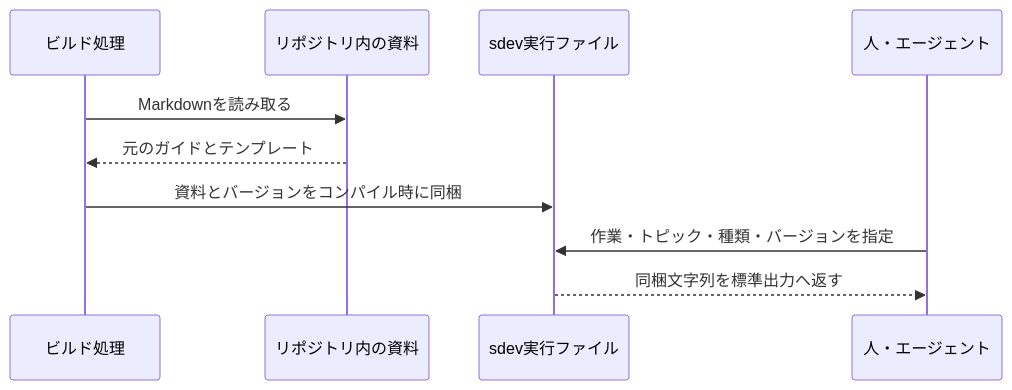
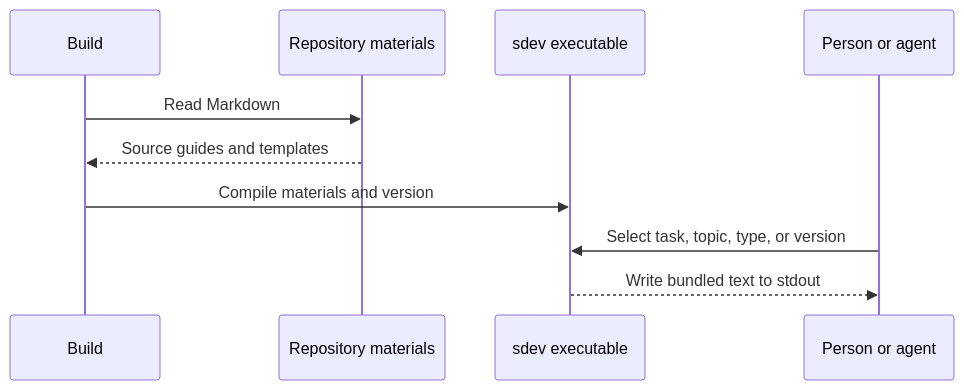
The diagram in docs/products/sdev/features/command-distribution/design.md (azu/sdev), drawn with Mermaid before and after one commit. The commit also changed other lines of this file and 86 other files, not shown here.

````diff
--- a/docs/products/sdev/features/command-distribution/design.md
+++ b/docs/products/sdev/features/command-distribution/design.md
@@ -99,12 +100,12 @@
 ```mermaid
 sequenceDiagram
-    participant B as ビルド処理
-    participant S as リポジトリ内の資料
-    participant C as sdev実行ファイル
-    participant A as 人・エージェント
-    B->>S: Markdownを読み取る
-    S-->>B: 元のガイドとテンプレート
-    B->>C: 資料とバージョンをコンパイル時に同梱
-    A->>C: 作業・トピック・種類・バージョンを指定
-    C-->>A: 同梱文字列を標準出力へ返す
+    participant B as Build
+    participant S as Repository materials
+    participant C as sdev executable
+    participant A as Person or agent
+    B->>S: Read Markdown
+    S-->>B: Source guides and templates
+    B->>C: Compile materials and version
+    A->>C: Select task, topic, type, or version
+    C-->>A: Write bundled text to stdout
 ```
````
